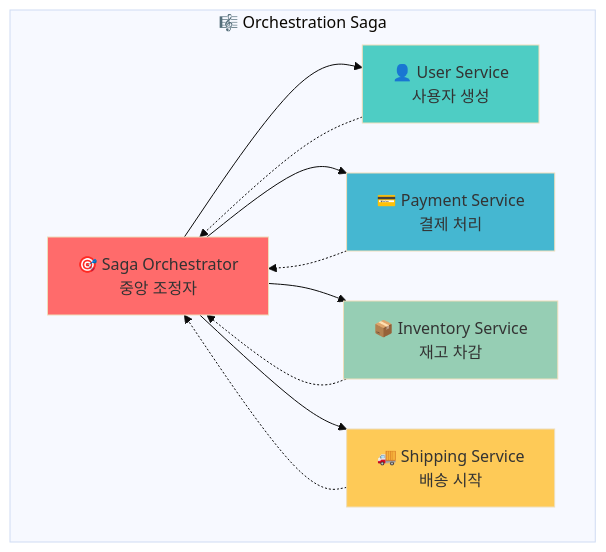
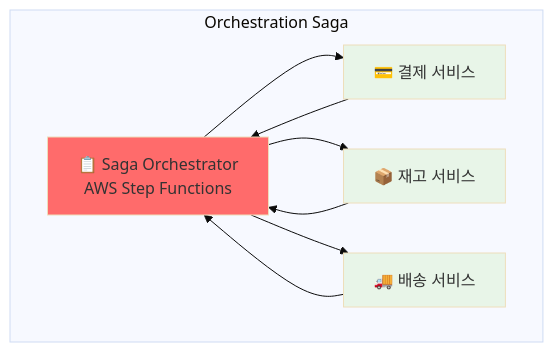
One commit to niceguy61/kdt_devops_lecture_2025 changed the fifth of 9 diagrams in theory/week_04/day1/session_3.md. Above: the diagram before and after it, drawn with Mermaid (base theme). The commit also changed other lines of this file and 5 other files, not shown here.

````diff
--- a/theory/week_04/day1/session_3.md
+++ b/theory/week_04/day1/session_3.md
@@ -206,22 +221,19 @@
 ```mermaid
 graph TB
-    subgraph "🎼 Orchestration Saga"
-        O[🎯 Saga Orchestrator<br/>중앙 조정자]
+    subgraph "Orchestration Saga"
+        SO[📋 Saga Orchestrator<br/>AWS Step Functions]
         
-        O --> A[👤 User Service<br/>사용자 생성]
-        O --> B[💳 Payment Service<br/>결제 처리]
-        O --> C[📦 Inventory Service<br/>재고 차감]
-        O --> D[🚚 Shipping Service<br/>배송 시작]
+        SO --> S1[💳 결제 서비스]
+        SO --> S2[📦 재고 서비스]
+        SO --> S3[🚚 배송 서비스]
         
-        A -.-> O
-        B -.-> O
-        C -.-> O
-        D -.-> O
+        S1 --> SO
+        S2 --> SO
+        S3 --> SO
     end
     
-    style O fill:#ff6b6b
-    style A fill:#4ecdc4
-    style B fill:#45b7d1
-    style C fill:#96ceb4
-    style D fill:#feca57
+    style SO fill:#ff6b6b
+    style S1 fill:#e8f5e8
+    style S2 fill:#e8f5e8
+    style S3 fill:#e8f5e8
 ```
````
